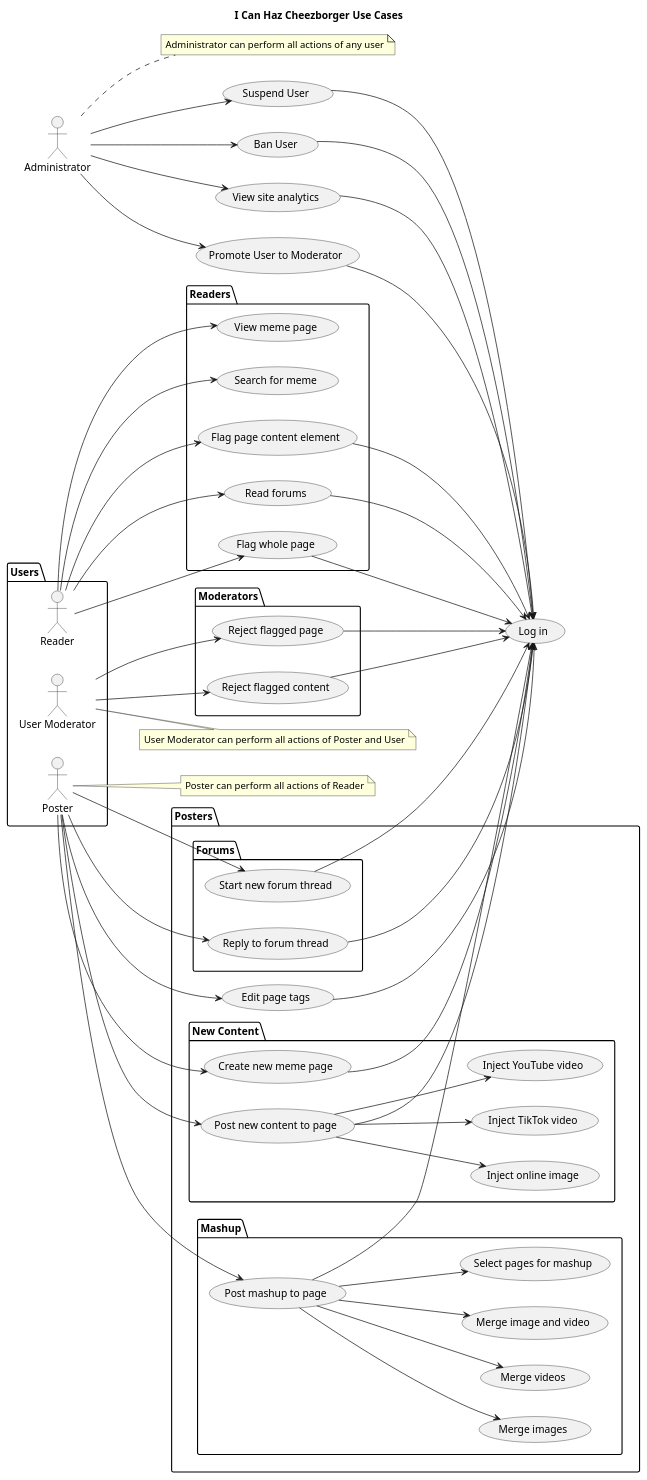
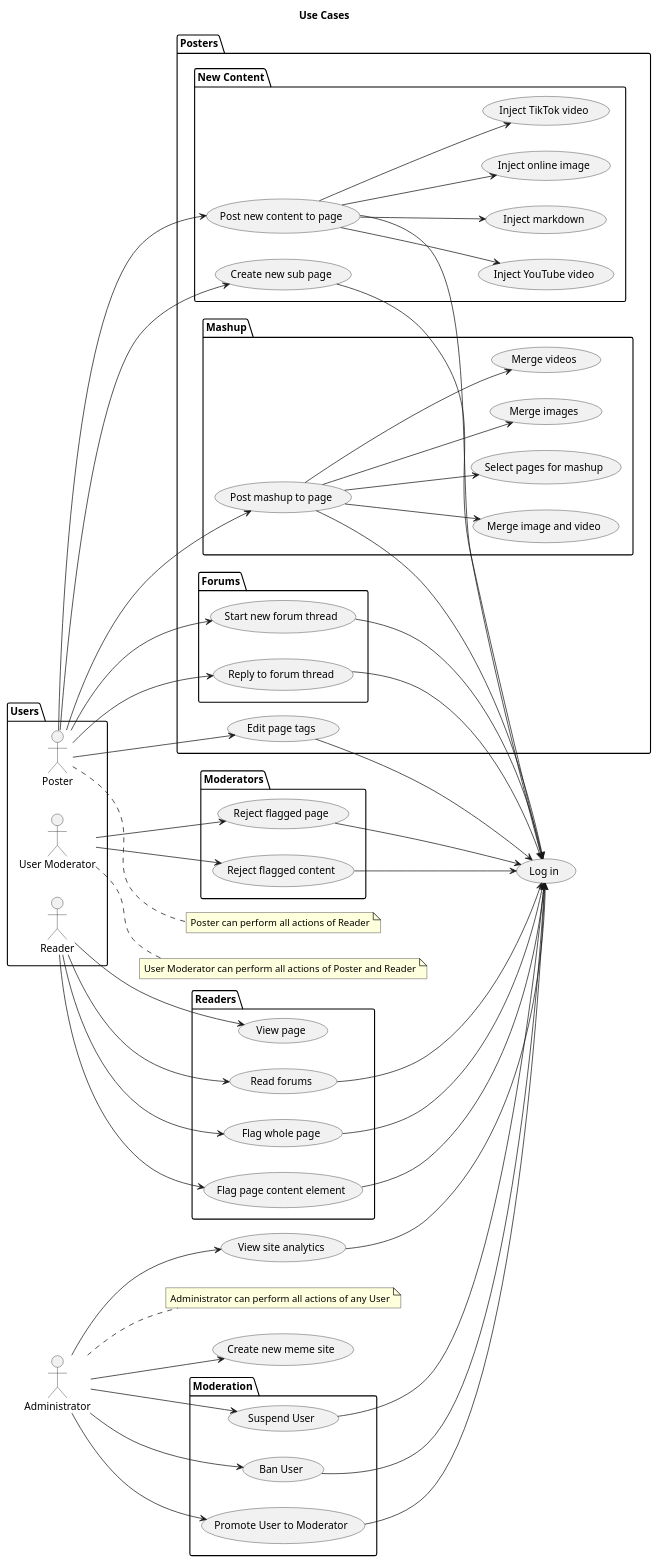
The diagram in cheezborger/usecases.puml (gowland/architecture-katas), drawn with PlantUML before and after one commit. The commit also changed 1 other file, not shown here.

Commit message:
Update use cases

```diff
--- a/cheezborger/usecases.puml
+++ b/cheezborger/usecases.puml
@@ -1,121 +1,125 @@
 @startuml
-title I Can Haz Cheezborger Use Cases
+title Use Cases
 left to right direction
 
 package "Users" {
     :Reader: as reader
     :Poster: as poster
     :User Moderator: as mod
 }
 
 ' Readers
 
 (Log in) as login
 
 package "Readers" {
-    (View meme page) as readPage
-    (Search for meme) as searchPage
+    (View page) as readPage
     (Flag whole page) as flagPage
     (Flag page content element) as flagContent
     (Read forums) as readForums
 }
 
 reader --> readPage
-reader --> searchPage
 reader --> flagPage
 reader --> flagContent
 reader --> readForums
 
 flagPage --> login
 flagContent --> login
 readForums --> login
 
 ' Posters
 
 note right of poster
     Poster can perform all actions of Reader
 end note
 
 package "Posters" {
     package "Forums" {
         (Start new forum thread) as startThread
         (Reply to forum thread) as replyThread
     }
     package "New Content" {
         (Post new content to page) as postContent
-        (Create new meme page) as createPage
+        (Create new sub page) as createPage
         (Inject online image) as image
         postContent --> image
         (Inject TikTok video) as tiktok
         postContent --> tiktok
         (Inject YouTube video) as youtube
         postContent --> youtube
+        (Inject markdown) as markdown
+        postContent --> markdown
     }
     package "Mashup" {
         (Post mashup to page) as createMashupPage
         (Merge images) as mashupImages
         (Merge videos) as mashupVideos
         (Merge image and video) as mashupImageVideo
         createMashupPage --> mashupImages
         createMashupPage --> mashupVideos
         createMashupPage --> mashupImageVideo
         (Select pages for mashup) as selectPages
     }
     (Edit page tags) as editTags
 }
 
 poster --> postContent
 poster --> createPage
 poster --> createMashupPage
 createMashupPage --> selectPages
 poster --> editTags
 poster --> startThread
 poster --> replyThread
 
 postContent --> login
 createPage --> login
 createMashupPage --> login
 editTags --> login
 startThread --> login
 replyThread --> login
 
 ' Moderators
 
 note right of mod
-    User Moderator can perform all actions of Poster and User
+    User Moderator can perform all actions of Poster and Reader
 end note
 
 package "Moderators" {
     (Reject flagged page) as rejectPage
     (Reject flagged content) as rejectContent
 }
 
 mod --> rejectPage
 mod --> rejectContent
 
 rejectPage --> login
 rejectContent --> login
 
 ' Admin
 
 :Administrator: as admin
 note right of admin
-    Administrator can perform all actions of any user
+    Administrator can perform all actions of any User
 end note
 
+package "Moderation" {
+    (Promote User to Moderator) as promoteUser
+    (Suspend User) as suspendUser
+    (Ban User) as banUser
+}
 (View site analytics) as viewAnalytics
-(Promote User to Moderator) as promoteUser
-(Suspend User) as suspendUser
-(Ban User) as banUser
+(Create new meme site) as createNewSite
 
 admin --> viewAnalytics
 admin --> promoteUser
 admin --> suspendUser
 admin --> banUser
+admin --> createNewSite
 
 viewAnalytics --> login
 promoteUser --> login
 suspendUser --> login
 banUser --> login
 
 @enduml
```
